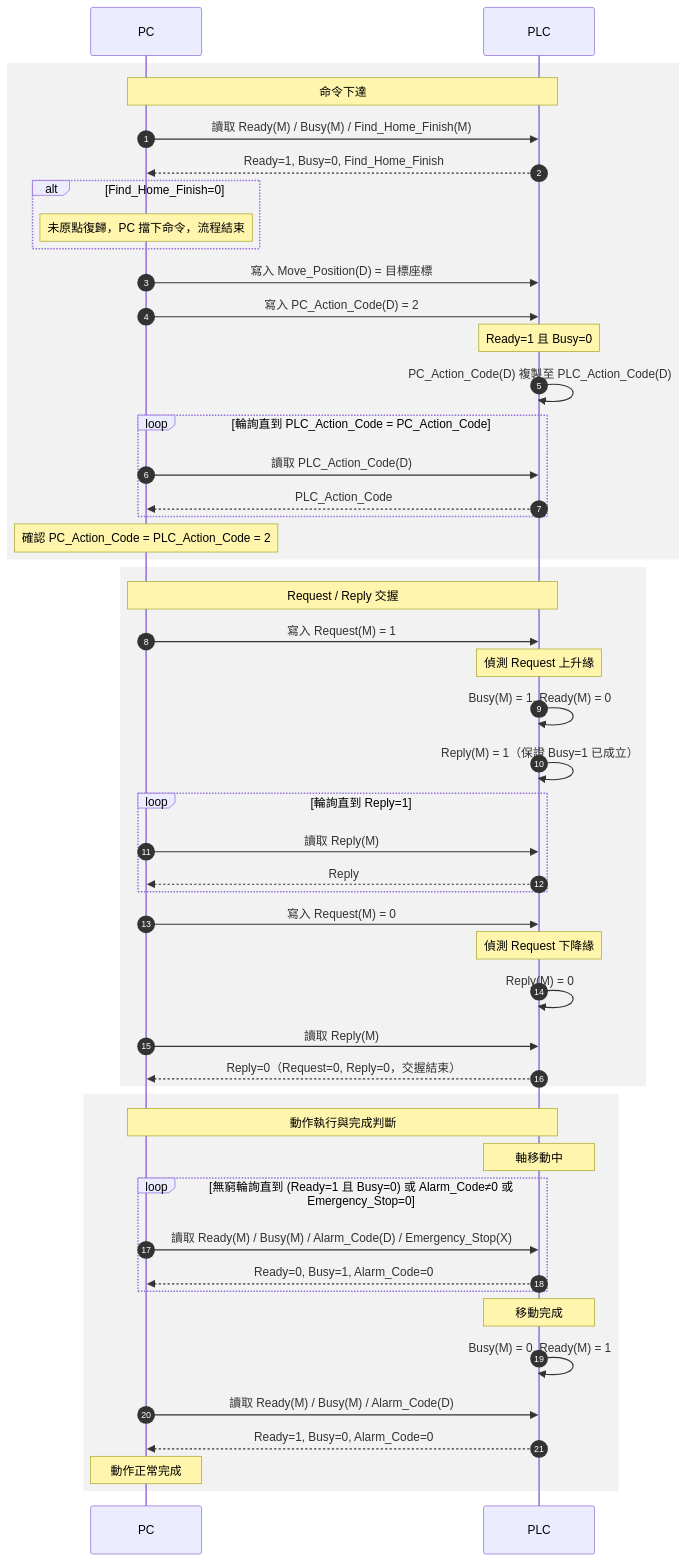
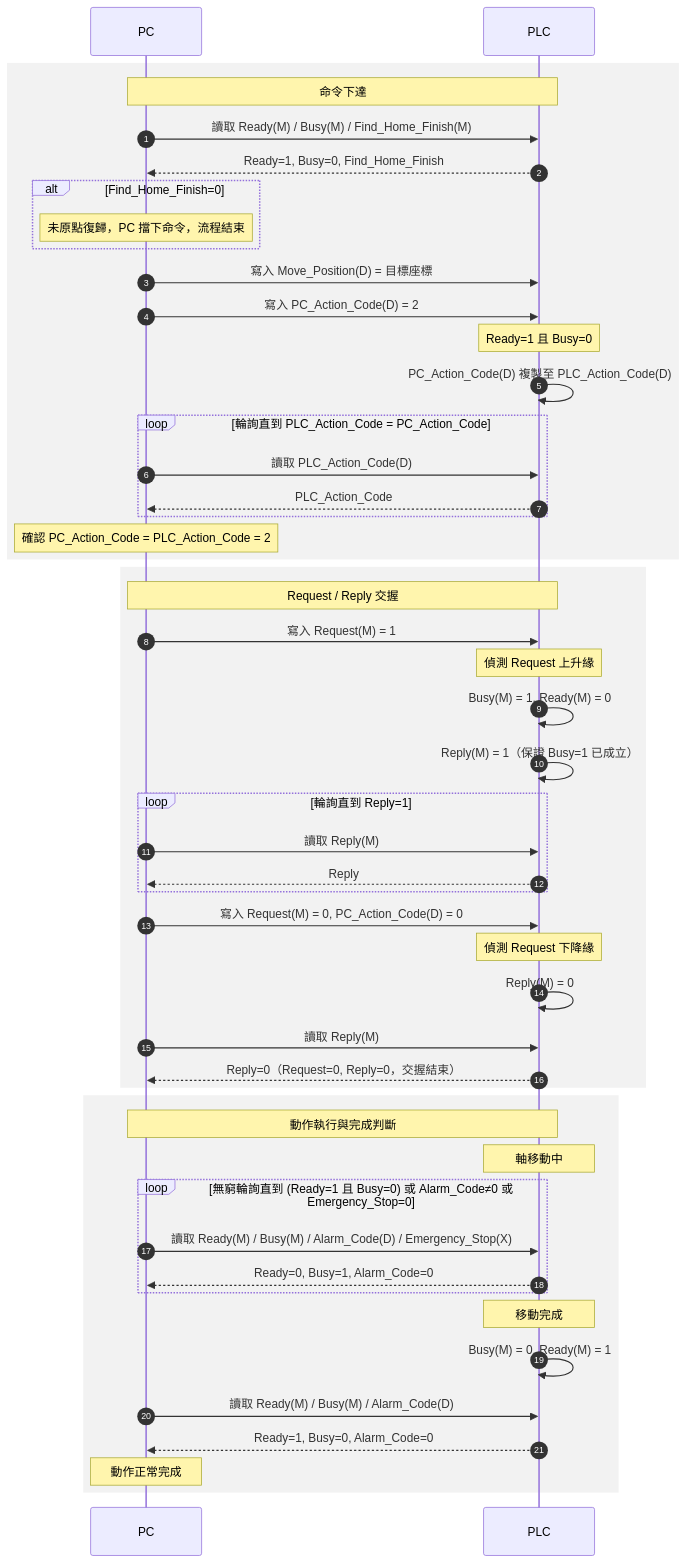
Before and after one commit to Jimengyi/PLC-and-PL-Modbus-Motion: the first of 8 diagrams in docs/PLC_PC_Modbus_通訊規格.md, drawn with Mermaid. The commit also changed other lines of this file, not shown here.

First line of the commit message:
規格書：Request 寫回 0 時一併將 PC_Action_Code 寫為 0

````diff
--- a/docs/PLC_PC_Modbus_通訊規格.md
+++ b/docs/PLC_PC_Modbus_通訊規格.md
@@ -206,55 +207,55 @@
 ```mermaid
 sequenceDiagram
     autonumber
     participant PC
     participant PLC
 
     rect rgba(128, 128, 128, 0.1)
     Note over PC,PLC: 命令下達
     PC->>PLC: 讀取 Ready(M) / Busy(M) / Find_Home_Finish(M)
     PLC-->>PC: Ready=1, Busy=0, Find_Home_Finish
     alt Find_Home_Finish=0
         Note over PC: 未原點復歸，PC 擋下命令，流程結束
     end
     PC->>PLC: 寫入 Move_Position(D) = 目標座標
     PC->>PLC: 寫入 PC_Action_Code(D) = 2
     Note over PLC: Ready=1 且 Busy=0
     PLC->>PLC: PC_Action_Code(D) 複製至 PLC_Action_Code(D)
     loop 輪詢直到 PLC_Action_Code = PC_Action_Code
         PC->>PLC: 讀取 PLC_Action_Code(D)
         PLC-->>PC: PLC_Action_Code
     end
     Note over PC: 確認 PC_Action_Code = PLC_Action_Code = 2
     end
 
     rect rgba(128, 128, 128, 0.1)
     Note over PC,PLC: Request / Reply 交握
     PC->>PLC: 寫入 Request(M) = 1
     Note over PLC: 偵測 Request 上升緣
     PLC->>PLC: Busy(M) = 1, Ready(M) = 0
     PLC->>PLC: Reply(M) = 1（保證 Busy=1 已成立）
     loop 輪詢直到 Reply=1
         PC->>PLC: 讀取 Reply(M)
         PLC-->>PC: Reply
     end
-    PC->>PLC: 寫入 Request(M) = 0
+    PC->>PLC: 寫入 Request(M) = 0, PC_Action_Code(D) = 0
     Note over PLC: 偵測 Request 下降緣
     PLC->>PLC: Reply(M) = 0
     PC->>PLC: 讀取 Reply(M)
     PLC-->>PC: Reply=0（Request=0, Reply=0，交握結束）
     end
 
     rect rgba(128, 128, 128, 0.1)
     Note over PC,PLC: 動作執行與完成判斷
     Note over PLC: 軸移動中
     loop 無窮輪詢直到 (Ready=1 且 Busy=0) 或 Alarm_Code≠0 或 Emergency_Stop=0
         PC->>PLC: 讀取 Ready(M) / Busy(M) / Alarm_Code(D) / Emergency_Stop(X)
         PLC-->>PC: Ready=0, Busy=1, Alarm_Code=0
     end
     Note over PLC: 移動完成
     PLC->>PLC: Busy(M) = 0, Ready(M) = 1
     PC->>PLC: 讀取 Ready(M) / Busy(M) / Alarm_Code(D)
     PLC-->>PC: Ready=1, Busy=0, Alarm_Code=0
     Note over PC: 動作正常完成
     end
 ```
````
